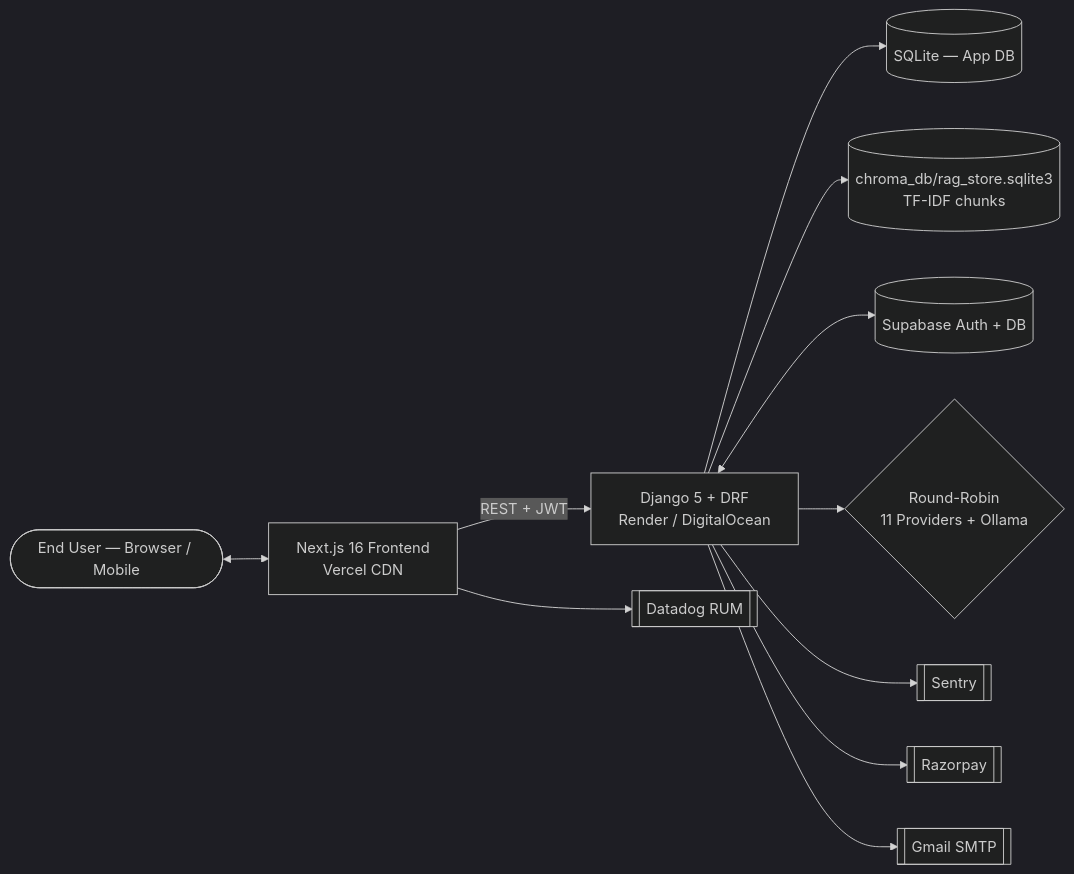
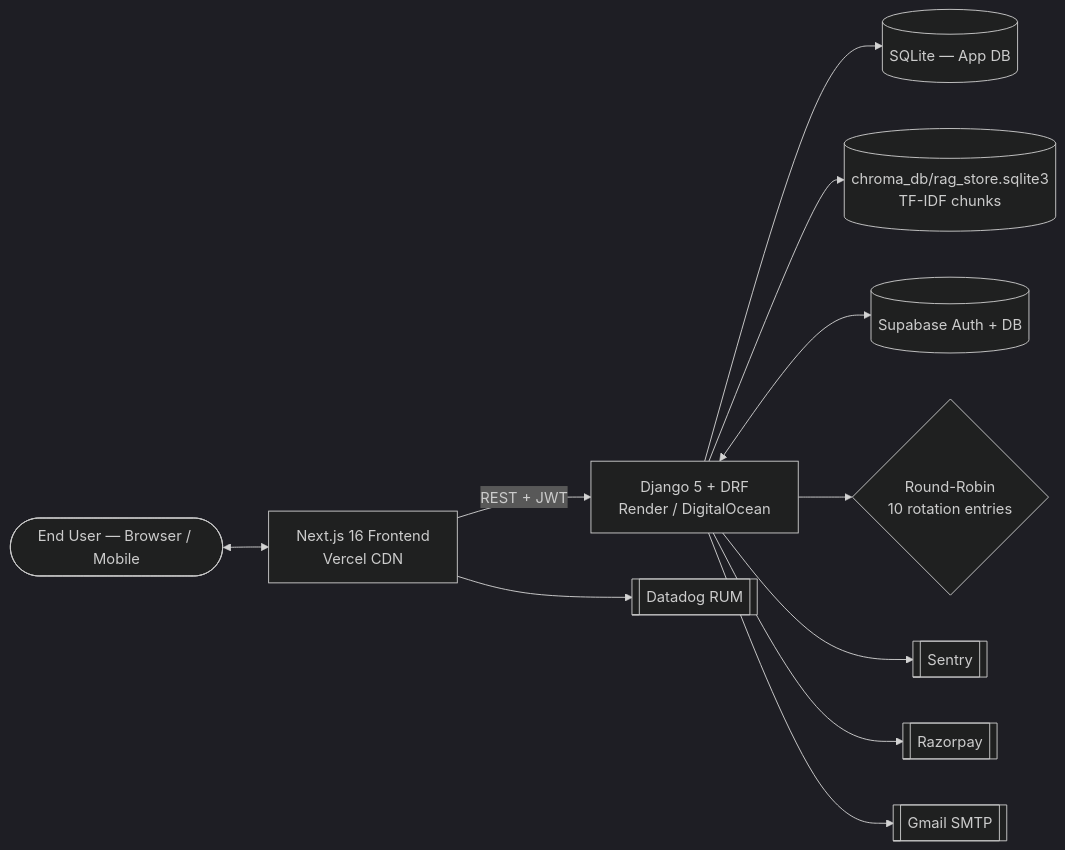
One commit to Divyanshu1Dubey/Crack_Me_AI changed the first of 11 diagrams in docs/ARCHITECTURE.md. Above: the diagram before and after it, drawn with Mermaid (dark theme). The commit also changed other lines of this file and 26 other files, not shown here.

````diff
--- a/docs/ARCHITECTURE.md
+++ b/docs/ARCHITECTURE.md
@@ -11,25 +11,25 @@
 ```mermaid
 flowchart LR
     Browser([End User — Browser / Mobile])
     Vercel[Next.js 16 Frontend\nVercel CDN]
     Render[Django 5 + DRF\nRender / DigitalOcean]
     SQLite[(SQLite — App DB)]
     RAG[(chroma_db/rag_store.sqlite3\nTF-IDF chunks)]
     SUpabase[(Supabase Auth + DB)]
     Sentry[[Sentry]]
     DD[[Datadog RUM]]
     Razorpay[[Razorpay]]
     SMTP[[Gmail SMTP]]
-    AI{Round-Robin\n11 Providers + Ollama}
+    AI{Round-Robin\n10 rotation entries}
 
     Browser <--> Vercel
     Vercel -->|REST + JWT| Render
     Render --> SQLite
     Render --> RAG
     Render <--> SUpabase
     Render --> AI
     Vercel --> DD
     Render --> Sentry
     Render --> Razorpay
     Render --> SMTP
 ```
````
